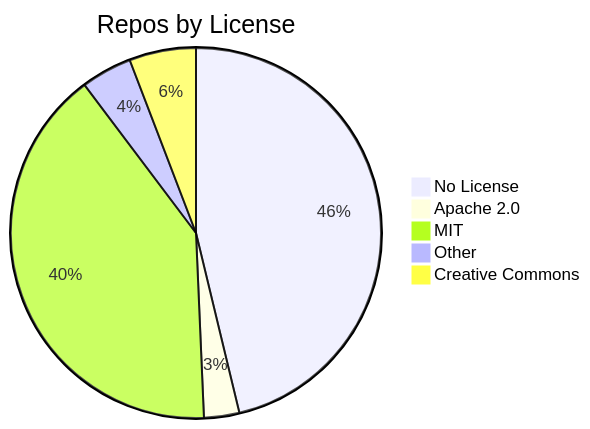
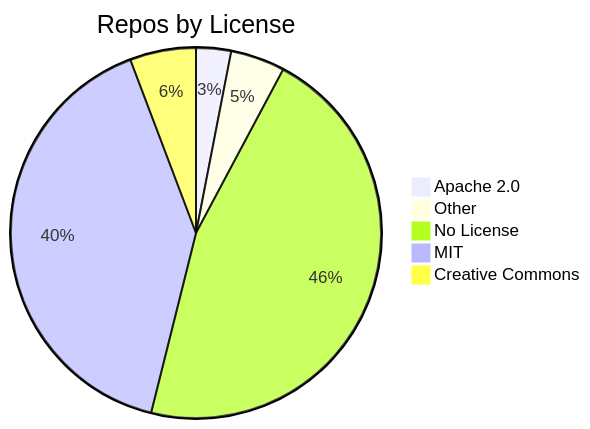
Before and after one commit to jpatterson933/awesome-mcp-server-repo-index: the diagram in README.md, drawn with Mermaid. The commit also changed other lines of this file and 3 other files, not shown here.

````diff
--- a/README.md
+++ b/README.md
@@ -29,8 +29,8 @@
 ```mermaid
 pie title Repos by License
-    "No License" : 135
     "Apache 2.0" : 9
-    "MIT" : 118
-    "Other" : 13
+    "Other" : 14
+    "No License" : 136
+    "MIT" : 119
     "Creative Commons" : 17
 ```
````
